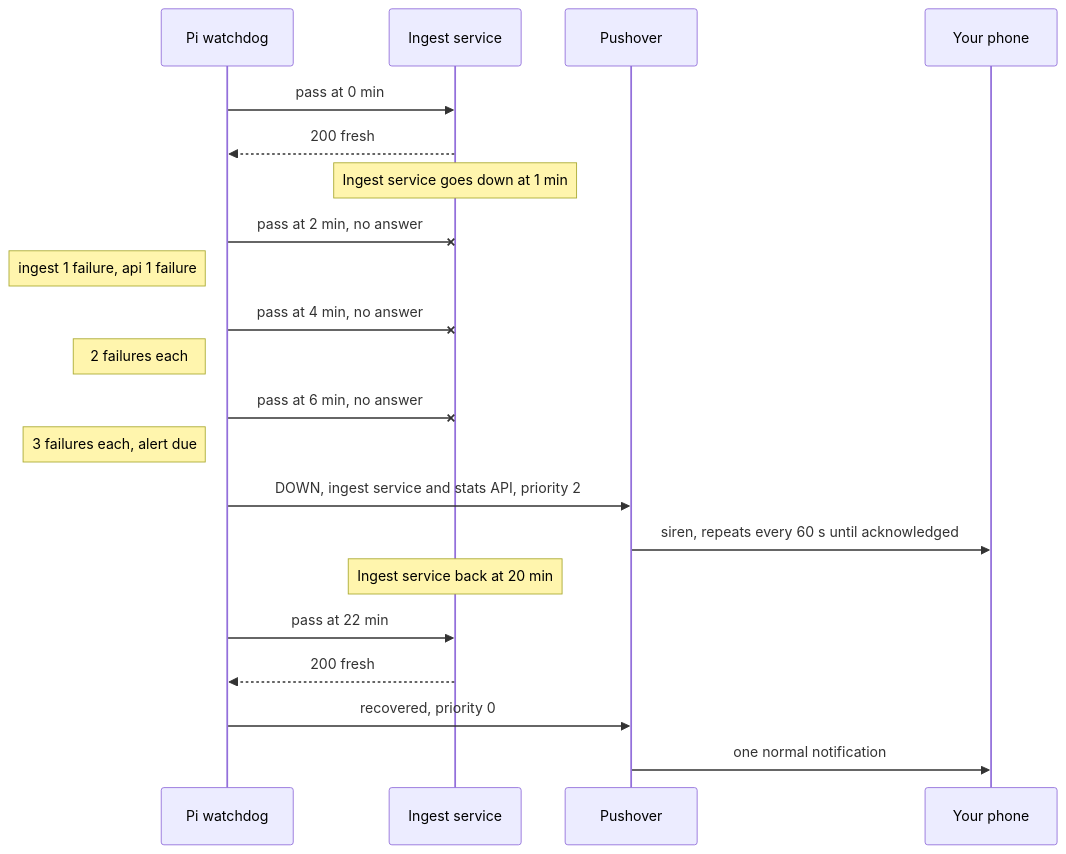
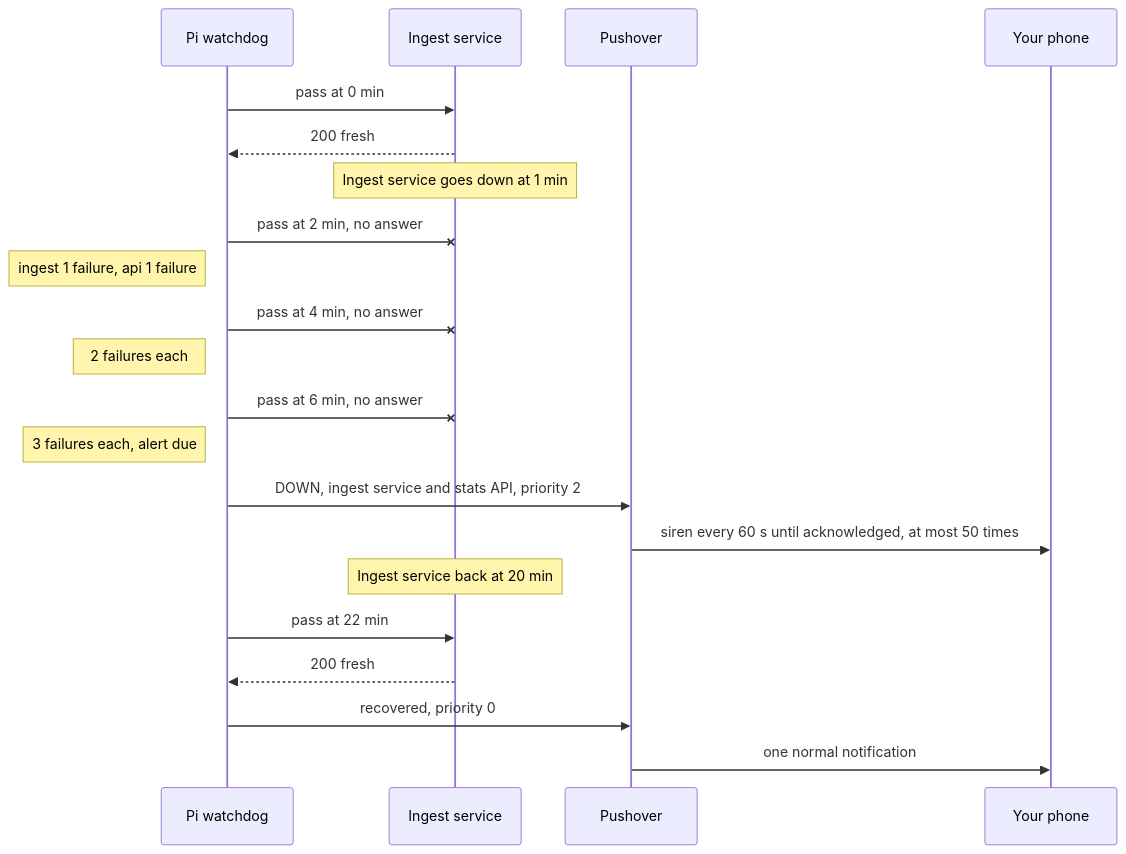
One commit to murr2k/linknode-com changed the sixth of 6 diagrams in docs/ALERTING.md. Above: the diagram before and after it, drawn with Mermaid. The commit also changed other lines of this file and 12 other files, not shown here.

````diff
--- a/docs/ALERTING.md
+++ b/docs/ALERTING.md
@@ -206,24 +331,24 @@
 ```mermaid
 sequenceDiagram
     participant W as Pi watchdog
     participant I as Ingest service
     participant PO as Pushover
     participant You as Your phone
 
     W->>I: pass at 0 min
     I-->>W: 200 fresh
     Note over I: Ingest service goes down at 1 min
     W-xI: pass at 2 min, no answer
     Note left of W: ingest 1 failure, api 1 failure
     W-xI: pass at 4 min, no answer
     Note left of W: 2 failures each
     W-xI: pass at 6 min, no answer
     Note left of W: 3 failures each, alert due
     W->>PO: DOWN, ingest service and stats API, priority 2
-    PO->>You: siren, repeats every 60 s until acknowledged
+    PO->>You: siren every 60 s until acknowledged, at most 50 times
     Note over I: Ingest service back at 20 min
     W->>I: pass at 22 min
     I-->>W: 200 fresh
     W->>PO: recovered, priority 0
     PO->>You: one normal notification
 ```
````
